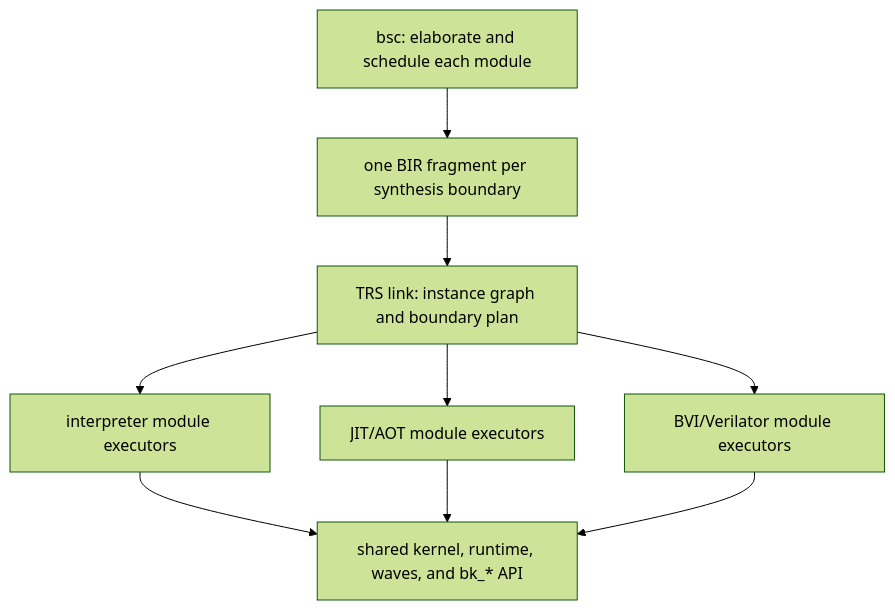
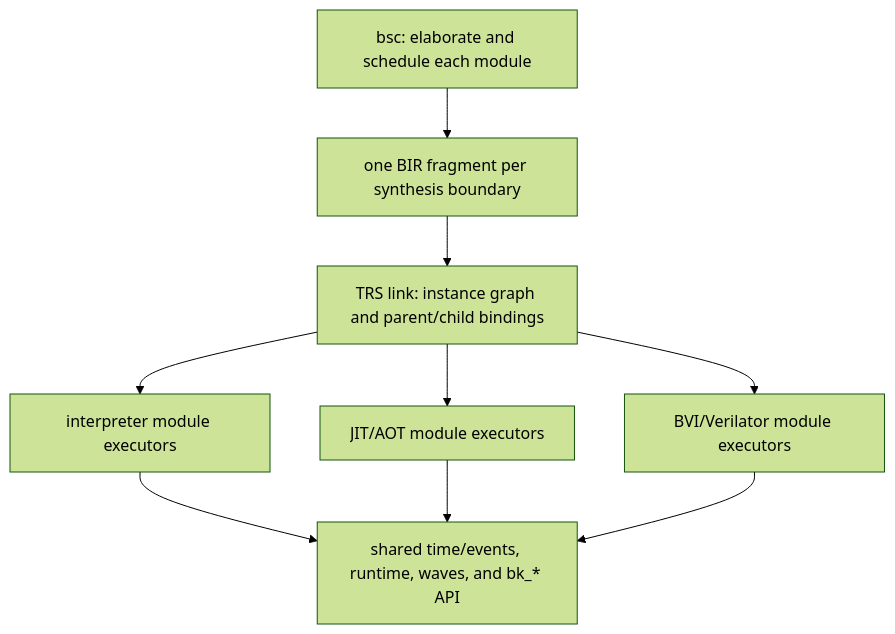
The diagram in src/trs/DESIGN.md (MatX-inc/bsc), drawn with Mermaid (forest theme) before and after one commit. The commit also changed other lines of this file, not shown here.

Commit message:
docs(trs): require recursive local scheduling without a global plan

````diff
--- a/src/trs/DESIGN.md
+++ b/src/trs/DESIGN.md
@@ -294,11 +358,11 @@
 ```mermaid
 flowchart TD
     BSC["bsc: elaborate and schedule each module"] --> FRAG["one BIR fragment per synthesis boundary"]
-    FRAG --> LINK["TRS link: instance graph and boundary plan"]
+    FRAG --> LINK["TRS link: instance graph and parent/child bindings"]
     LINK --> INTERP["interpreter module executors"]
     LINK --> NATIVE["JIT/AOT module executors"]
     LINK --> BVI["BVI/Verilator module executors"]
-    INTERP --> KERNEL["shared kernel, runtime, waves, and bk_* API"]
+    INTERP --> KERNEL["shared time/events, runtime, waves, and bk_* API"]
     NATIVE --> KERNEL
     BVI --> KERNEL
 ```
````
